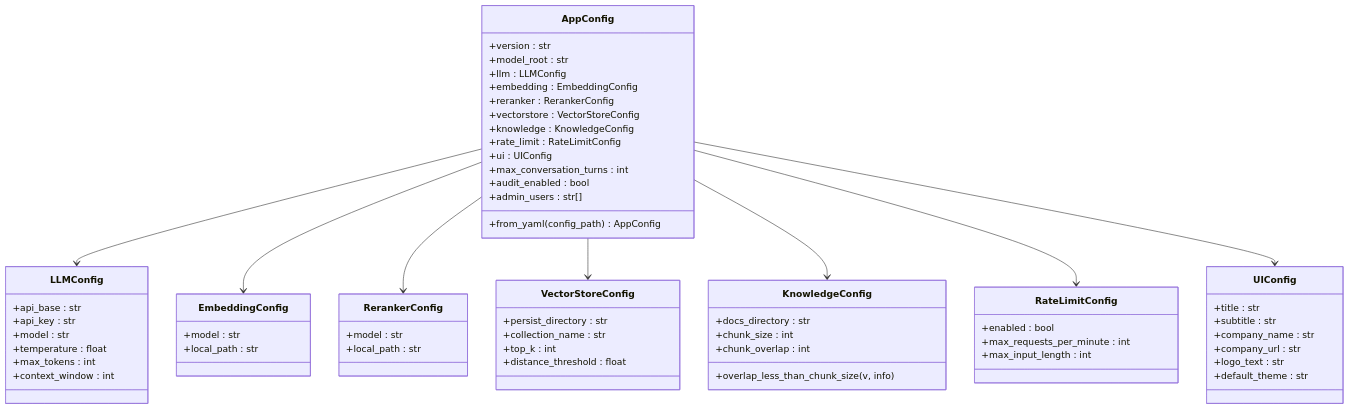
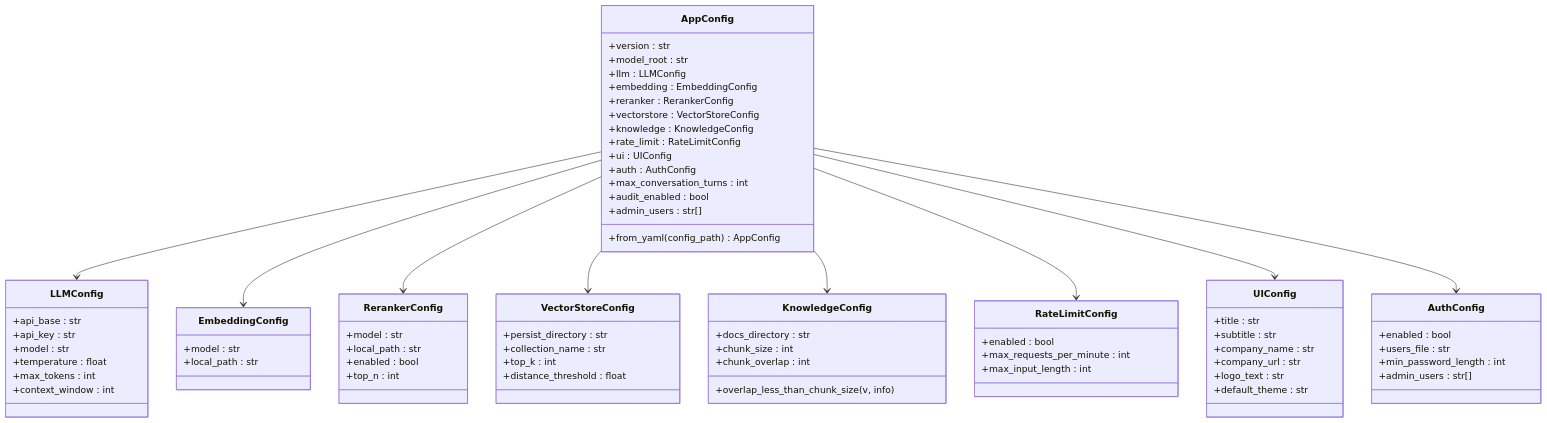
Before and after one commit to joyafa/knowledge: the fourth of 6 diagrams in .qoder/repowiki/zh/content/RAG核心引擎/配置管理系统.md, drawn with Mermaid. The commit also changed other lines of this file and 16 other files, not shown here.

````diff
--- a/.qoder/repowiki/zh/content/RAG核心引擎/配置管理系统.md
+++ b/.qoder/repowiki/zh/content/RAG核心引擎/配置管理系统.md
@@ -207,66 +237,76 @@
 ```mermaid
 classDiagram
 class AppConfig {
 +version : str
 +model_root : str
 +llm : LLMConfig
 +embedding : EmbeddingConfig
 +reranker : RerankerConfig
 +vectorstore : VectorStoreConfig
 +knowledge : KnowledgeConfig
 +rate_limit : RateLimitConfig
 +ui : UIConfig
++auth : AuthConfig
 +max_conversation_turns : int
 +audit_enabled : bool
 +admin_users : str[]
 +from_yaml(config_path) AppConfig
 }
 class LLMConfig {
 +api_base : str
 +api_key : str
 +model : str
 +temperature : float
 +max_tokens : int
 +context_window : int
 }
 class EmbeddingConfig {
 +model : str
 +local_path : str
 }
 class RerankerConfig {
 +model : str
 +local_path : str
++enabled : bool
++top_n : int
 }
 class VectorStoreConfig {
 +persist_directory : str
 +collection_name : str
 +top_k : int
 +distance_threshold : float
 }
 class KnowledgeConfig {
 +docs_directory : str
 +chunk_size : int
 +chunk_overlap : int
 +overlap_less_than_chunk_size(v, info)
 }
 class RateLimitConfig {
 +enabled : bool
 +max_requests_per_minute : int
 +max_input_length : int
 }
 class UIConfig {
 +title : str
 +subtitle : str
 +company_name : str
 +company_url : str
 +logo_text : str
 +default_theme : str
 }
+class AuthConfig {
++enabled : bool
++users_file : str
++min_password_length : int
++admin_users : str[]
+}
 AppConfig --> LLMConfig
 AppConfig --> EmbeddingConfig
 AppConfig --> RerankerConfig
 AppConfig --> VectorStoreConfig
 AppConfig --> KnowledgeConfig
 AppConfig --> RateLimitConfig
 AppConfig --> UIConfig
+AppConfig --> AuthConfig
 ```
````
